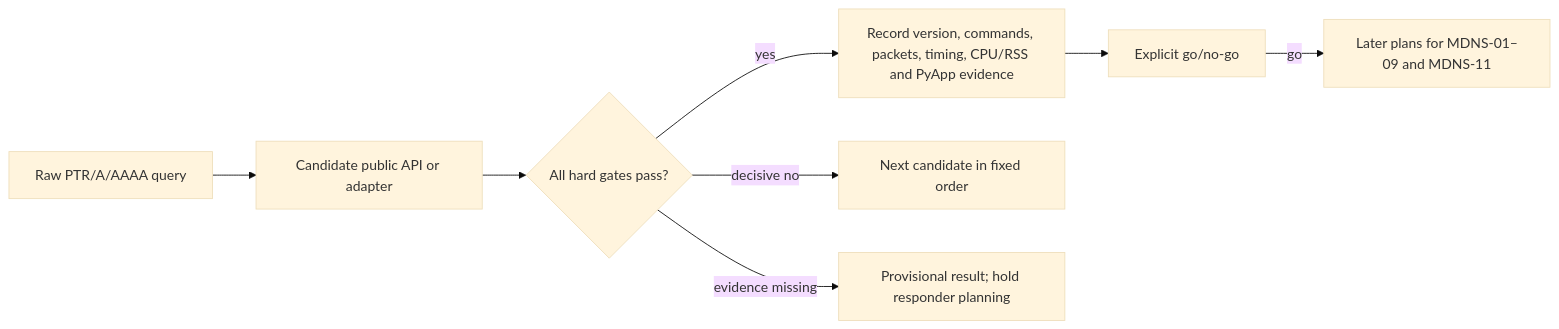
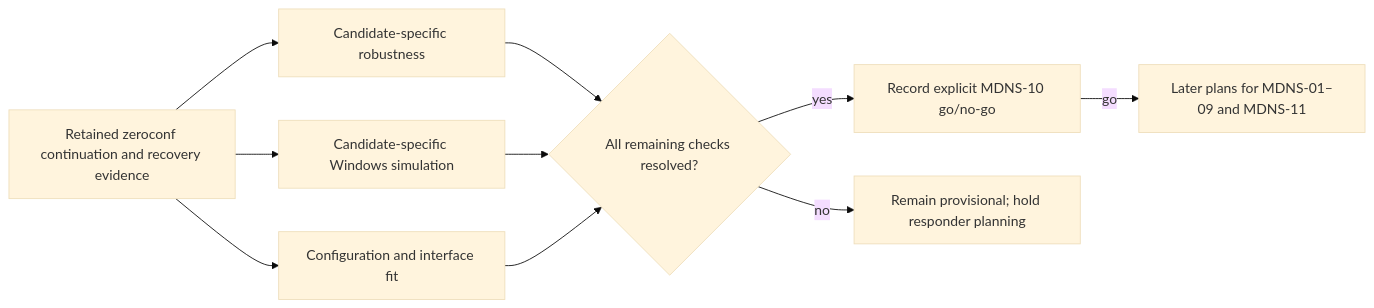
Before and after one commit to Djelibeybi/lifx-emulator: the diagram in .planning/phases/03-mdns-responder/03-RESEARCH.md, drawn with Mermaid (base theme). The commit also changed other lines of this file and 8 other files, not shown here.

````diff
--- a/.planning/phases/03-mdns-responder/03-RESEARCH.md
+++ b/.planning/phases/03-mdns-responder/03-RESEARCH.md
@@ -109,10 +107,12 @@
 ```mermaid
 flowchart LR
-  Q[Raw PTR/A/AAAA query] --> H[Candidate public API or adapter]
-  H --> G{All hard gates pass?}
-  G -->|yes| O[Record version, commands, packets, timing, CPU/RSS and PyApp evidence]
-  G -->|decisive no| N[Next candidate in fixed order]
-  G -->|evidence missing| P[Provisional result; hold responder planning]
-  O --> D[Explicit go/no-go]
-  D -->|go| F[Later plans for MDNS-01–09 and MDNS-11]
+  E[Retained zeroconf continuation and recovery evidence] --> R[Candidate-specific robustness]
+  E --> W[Candidate-specific Windows simulation]
+  E --> C[Configuration and interface fit]
+  R --> D{All remaining checks resolved?}
+  W --> D
+  C --> D
+  D -->|yes| G[Record explicit MDNS-10 go/no-go]
+  D -->|no| P[Remain provisional; hold responder planning]
+  G -->|go| F[Later plans for MDNS-01–09 and MDNS-11]
 ```
````
